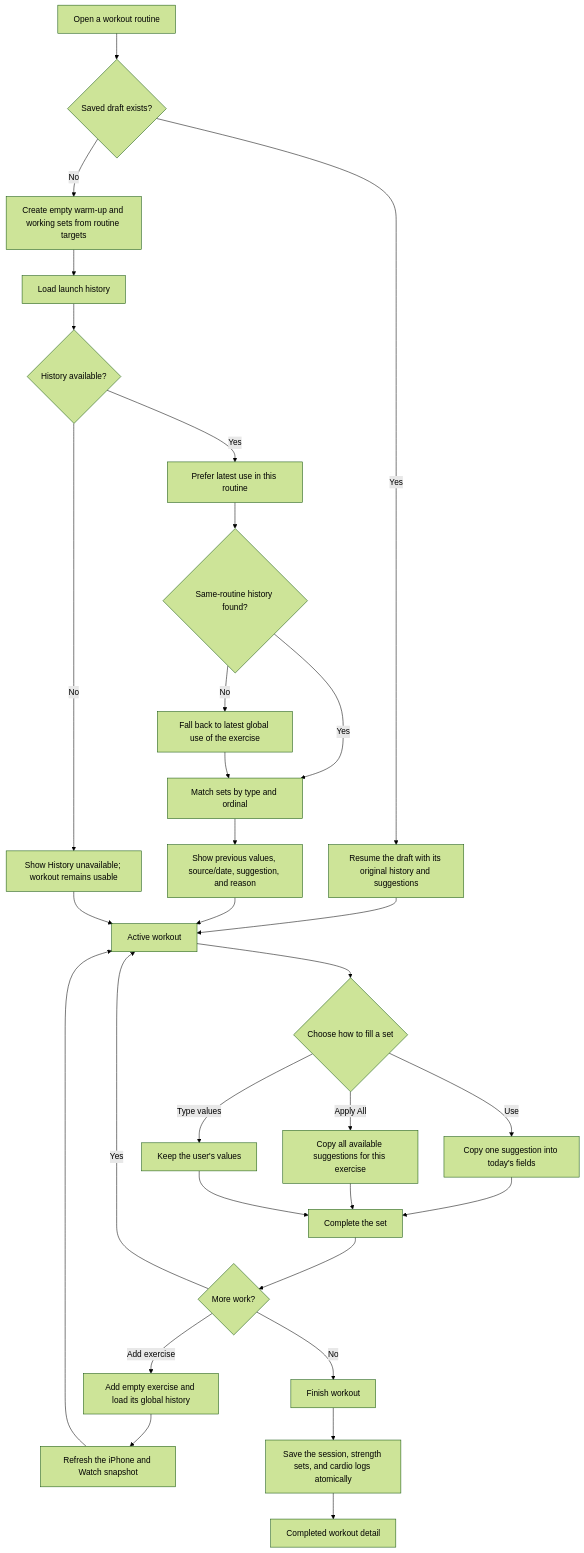
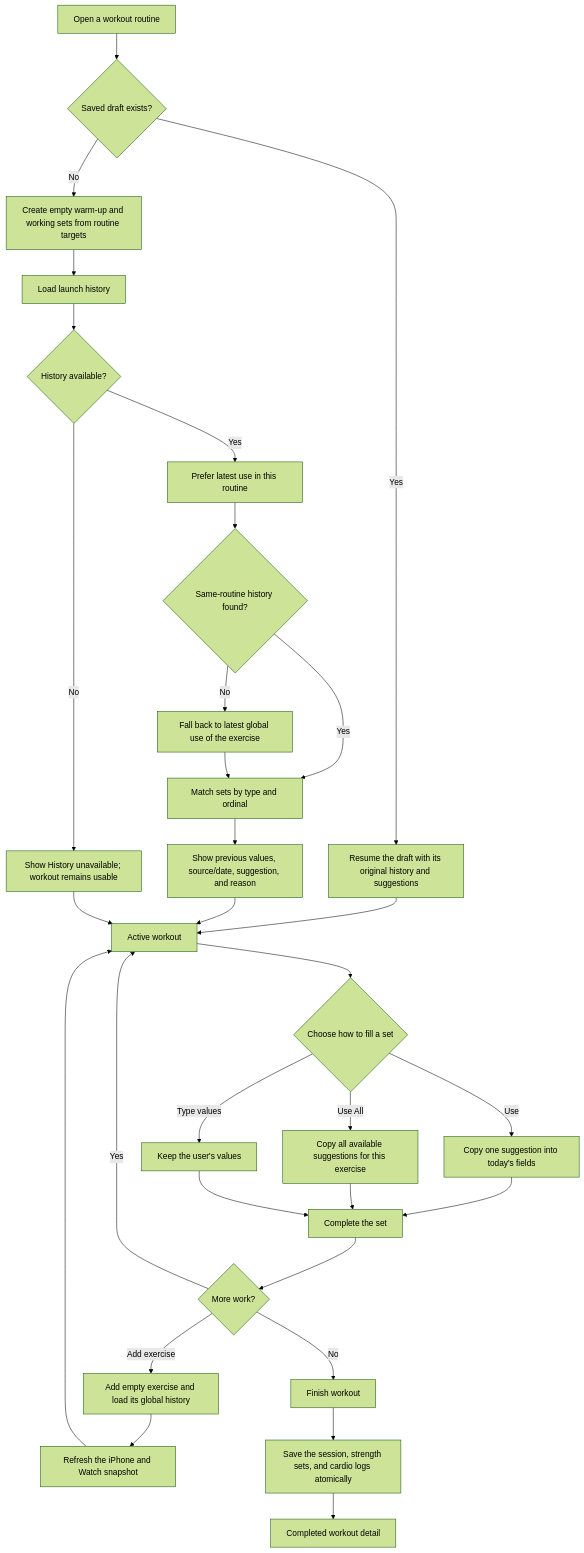
The first of 5 diagrams in Neural Loop/fitness/GuidedWorkoutProgressionUX.md (AgentOS-IRL/Neural-Loop), drawn with Mermaid (forest theme) before and after one commit. The commit also changed other lines of this file and 10 other files, not shown here.

````diff
--- a/Neural Loop/fitness/GuidedWorkoutProgressionUX.md
+++ b/Neural Loop/fitness/GuidedWorkoutProgressionUX.md
@@ -9,34 +9,34 @@
 ```mermaid
 flowchart TD
     A["Open a workout routine"] --> B{"Saved draft exists?"}
     B -- "Yes" --> C["Resume the draft with its original history and suggestions"]
     B -- "No" --> D["Create empty warm-up and working sets from routine targets"]
     D --> E["Load launch history"]
     E --> F{"History available?"}
     F -- "Yes" --> G["Prefer latest use in this routine"]
     G --> H{"Same-routine history found?"}
     H -- "No" --> I["Fall back to latest global use of the exercise"]
     H -- "Yes" --> J["Match sets by type and ordinal"]
     I --> J
     J --> K["Show previous values, source/date, suggestion, and reason"]
     F -- "No" --> L["Show History unavailable; workout remains usable"]
     C --> M["Active workout"]
     K --> M
     L --> M
 
     M --> N{"Choose how to fill a set"}
     N -- "Use" --> O["Copy one suggestion into today's fields"]
-    N -- "Apply All" --> P["Copy all available suggestions for this exercise"]
+    N -- "Use All" --> P["Copy all available suggestions for this exercise"]
     N -- "Type values" --> Q["Keep the user's values"]
     O --> R["Complete the set"]
     P --> R
     Q --> R
     R --> S{"More work?"}
     S -- "Yes" --> M
     S -- "Add exercise" --> T["Add empty exercise and load its global history"]
     T --> U["Refresh the iPhone and Watch snapshot"]
     U --> M
     S -- "No" --> V["Finish workout"]
     V --> W["Save the session, strength sets, and cardio logs atomically"]
     W --> X["Completed workout detail"]
 ```
````
